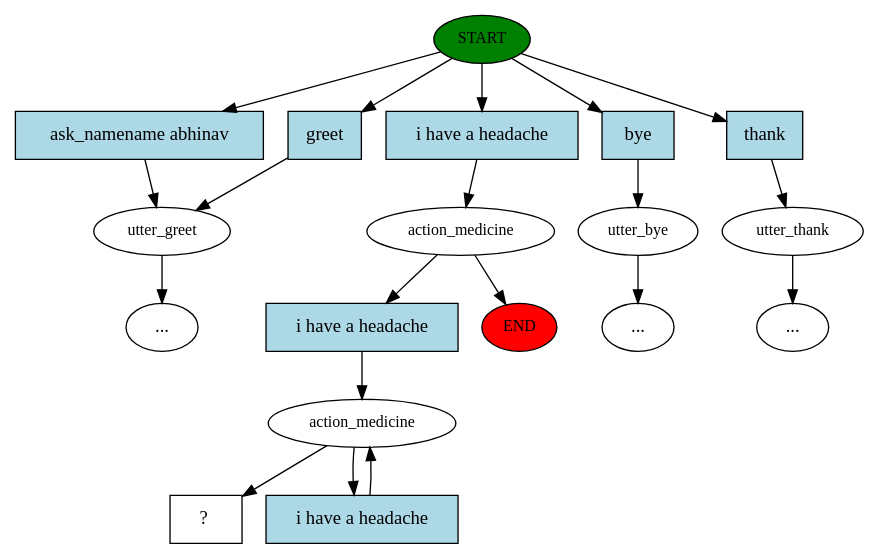
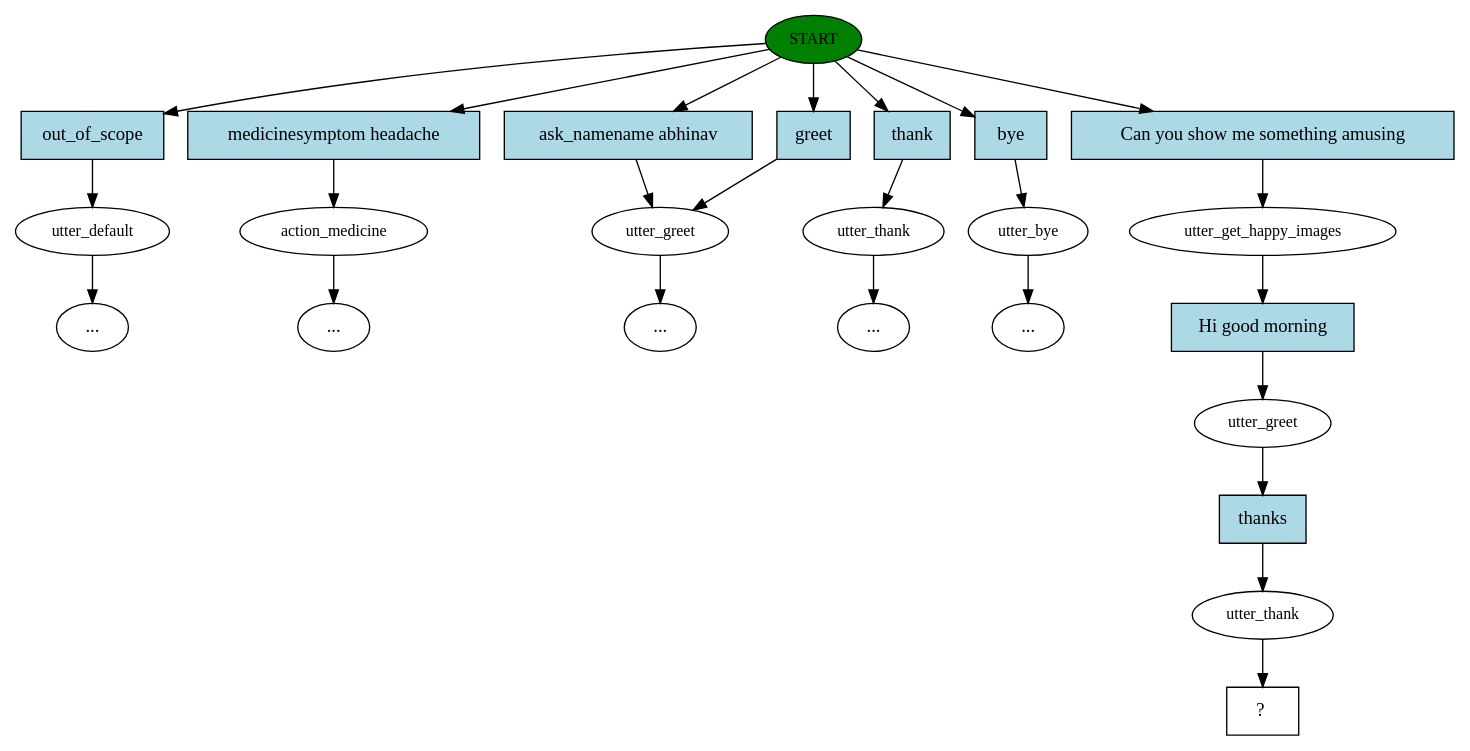
Before and after one commit to Arunkumar0258/healthbot: the diagram in story_graph.dot, drawn with Graphviz. The commit also changed 19 other files, not shown here.

```diff
--- a/story_graph.dot
+++ b/story_graph.dot
@@ -1,39 +1,50 @@
 digraph  {
-0 [fontsize=12, class="start active", style=filled, label=START, fillcolor=green];
-1 [fontsize=12, class="", label=utter_greet];
-2 [fontsize=12, class=active, label=action_medicine];
-3 [fontsize=12, class="", label=utter_bye];
-7 [fontsize=12, class="", label=utter_thank];
-9 [fontsize=12, class=active, label=action_medicine];
-11 [shape=rect, class="intent dashed active", label="  ?  "];
-12 [shape=rect, class=intent, style=filled, label="ask_namename abhinav", fillcolor=lightblue];
-13 [shape=rect, class=intent, style=filled, label=greet, fillcolor=lightblue];
-14 [shape=rect, class="intent active", style=filled, label="i have a headache", fillcolor=lightblue];
-15 [shape=rect, class=intent, style=filled, label=bye, fillcolor=lightblue];
-16 [shape=rect, class=intent, style=filled, label=thank, fillcolor=lightblue];
-17 [shape=rect, class="intent active", style=filled, label="i have a headache", fillcolor=lightblue];
-18 [shape=rect, class="intent active", style=filled, label="i have a headache", fillcolor=lightblue];
-"-1" [fontsize=12, class=end, style=filled, label=END, fillcolor=red];
-"-8" [class=ellipsis, label="..."];
-"-7" [class=ellipsis, label="..."];
-"-4" [class=ellipsis, label="..."];
-0 -> 12  [key=0, class=""];
-0 -> 13  [key=0, class=""];
-0 -> 14  [key=0, class=active];
+0 [style=filled, fillcolor=green, fontsize=12, label=START, class="start active"];
+1 [label=utter_default, fontsize=12, class=""];
+2 [label=action_medicine, fontsize=12, class=""];
+3 [label=utter_greet, fontsize=12, class=""];
+5 [label=utter_thank, fontsize=12, class=""];
+9 [label=utter_bye, fontsize=12, class=""];
+10 [label=utter_get_happy_images, fontsize=12, class=active];
+11 [label=utter_greet, fontsize=12, class=active];
+12 [label=utter_thank, fontsize=12, class=active];
+13 [shape=rect, label="  ?  ", class="intent dashed active"];
+14 [style=filled, shape=rect, fillcolor=lightblue, label=out_of_scope, class=intent];
+15 [style=filled, shape=rect, fillcolor=lightblue, label="medicinesymptom headache", class=intent];
+16 [style=filled, shape=rect, fillcolor=lightblue, label="ask_namename abhinav", class=intent];
+17 [style=filled, shape=rect, fillcolor=lightblue, label=greet, class=intent];
+18 [style=filled, shape=rect, fillcolor=lightblue, label=thank, class=intent];
+19 [style=filled, shape=rect, fillcolor=lightblue, label=bye, class=intent];
+20 [style=filled, shape=rect, fillcolor=lightblue, label="Can you show me something amusing", class="intent active"];
+21 [style=filled, shape=rect, fillcolor=lightblue, label="Hi good morning", class="intent active"];
+22 [style=filled, shape=rect, fillcolor=lightblue, label=thanks, class="intent active"];
+"-10" [label="...", class=ellipsis];
+"-8" [label="...", class=ellipsis];
+"-7" [label="...", class=ellipsis];
+"-4" [label="...", class=ellipsis];
+"-11" [label="...", class=ellipsis];
+0 -> 14  [key=0, class=""];
 0 -> 15  [key=0, class=""];
 0 -> 16  [key=0, class=""];
-1 -> "-7"  [key=NONE, class="", label=""];
-2 -> 17  [key=0, class=active];
-2 -> "-1"  [key=NONE, class="", label=""];
-3 -> "-4"  [key=NONE, class="", label=""];
-7 -> "-8"  [key=NONE, class="", label=""];
-9 -> 18  [key=0, class=active];
-9 -> 11  [key=NONE, class=active, label=""];
-12 -> 1  [key=0, class=""];
-13 -> 1  [key=0, class=""];
-14 -> 2  [key=0, class=active];
-15 -> 3  [key=0, class=""];
-16 -> 7  [key=0, class=""];
-17 -> 9  [key=0, class=active];
-18 -> 9  [key=0, class=active];
+0 -> 17  [key=0, class=""];
+0 -> 18  [key=0, class=""];
+0 -> 19  [key=0, class=""];
+0 -> 20  [key=0, class=active];
+1 -> "-8"  [key=NONE, label="", class=""];
+2 -> "-4"  [key=NONE, label="", class=""];
+3 -> "-10"  [key=NONE, label="", class=""];
+5 -> "-7"  [key=NONE, label="", class=""];
+9 -> "-11"  [key=NONE, label="", class=""];
+10 -> 21  [key=0, class=active];
+11 -> 22  [key=0, class=active];
+12 -> 13  [key=NONE, label="", class=active];
+14 -> 1  [key=0, class=""];
+15 -> 2  [key=0, class=""];
+16 -> 3  [key=0, class=""];
+17 -> 3  [key=0, class=""];
+18 -> 5  [key=0, class=""];
+19 -> 9  [key=0, class=""];
+20 -> 10  [key=0, class=active];
+21 -> 11  [key=0, class=active];
+22 -> 12  [key=0, class=active];
 }
```
